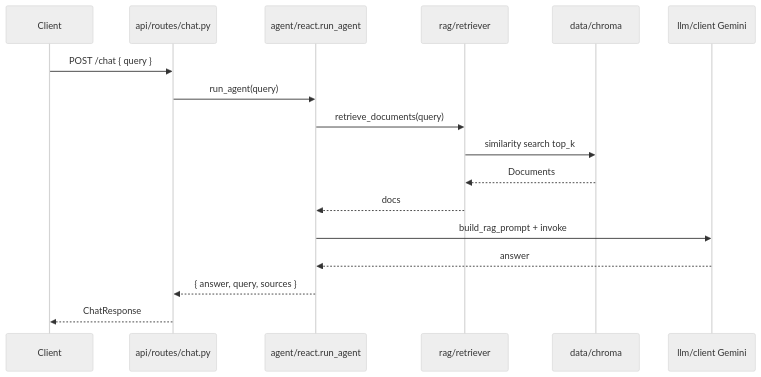
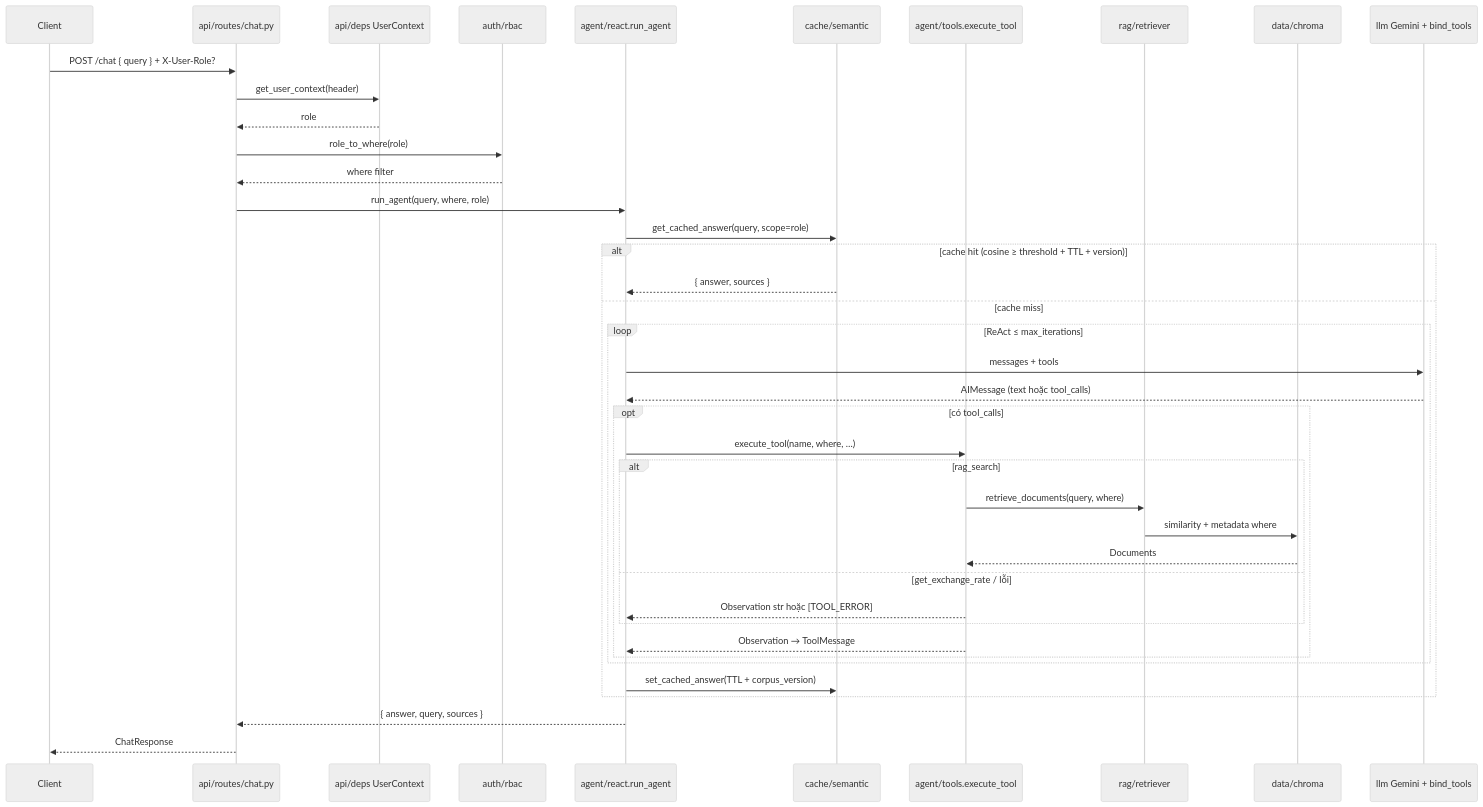
One commit to ducchungtx/advanced-rag-agent changed the fifth of 13 diagrams in docs/architecture.md. Above: the diagram before and after it, drawn with Mermaid (neutral theme). The commit also changed other lines of this file and 6 other files, not shown here.

````diff
--- a/docs/architecture.md
+++ b/docs/architecture.md
@@ -199,20 +199,45 @@
 ```mermaid
 sequenceDiagram
     participant Client
     participant Chat as api/routes/chat.py
+    participant Deps as api/deps UserContext
+    participant RBAC as auth/rbac
     participant Agent as agent/react.run_agent
+    participant Cache as cache/semantic
+    participant Tools as agent/tools.execute_tool
     participant Ret as rag/retriever
     participant Chroma as data/chroma
-    participant LLM as llm/client Gemini
+    participant LLM as llm Gemini + bind_tools
 
-    Client->>Chat: POST /chat { query }
-    Chat->>Agent: run_agent(query)
-    Agent->>Ret: retrieve_documents(query)
-    Ret->>Chroma: similarity search top_k
-    Chroma-->>Ret: Documents
-    Ret-->>Agent: docs
-    Agent->>LLM: build_rag_prompt + invoke
-    LLM-->>Agent: answer
+    Client->>Chat: POST /chat { query } + X-User-Role?
+    Chat->>Deps: get_user_context(header)
+    Deps-->>Chat: role
+    Chat->>RBAC: role_to_where(role)
+    RBAC-->>Chat: where filter
+    Chat->>Agent: run_agent(query, where, role)
+
+    Agent->>Cache: get_cached_answer(query, scope=role)
+    alt cache hit (cosine ≥ threshold + TTL + version)
+        Cache-->>Agent: { answer, sources }
+    else cache miss
+        loop ReAct ≤ max_iterations
+            Agent->>LLM: messages + tools
+            LLM-->>Agent: AIMessage (text hoặc tool_calls)
+            opt có tool_calls
+                Agent->>Tools: execute_tool(name, where, …)
+                alt rag_search
+                    Tools->>Ret: retrieve_documents(query, where)
+                    Ret->>Chroma: similarity + metadata where
+                    Chroma-->>Tools: Documents
+                else get_exchange_rate / lỗi
+                    Tools-->>Agent: Observation str hoặc [TOOL_ERROR]
+                end
+                Tools-->>Agent: Observation → ToolMessage
+            end
+        end
+        Agent->>Cache: set_cached_answer(TTL + corpus_version)
+    end
+
     Agent-->>Chat: { answer, query, sources }
     Chat-->>Client: ChatResponse
 ```
````
